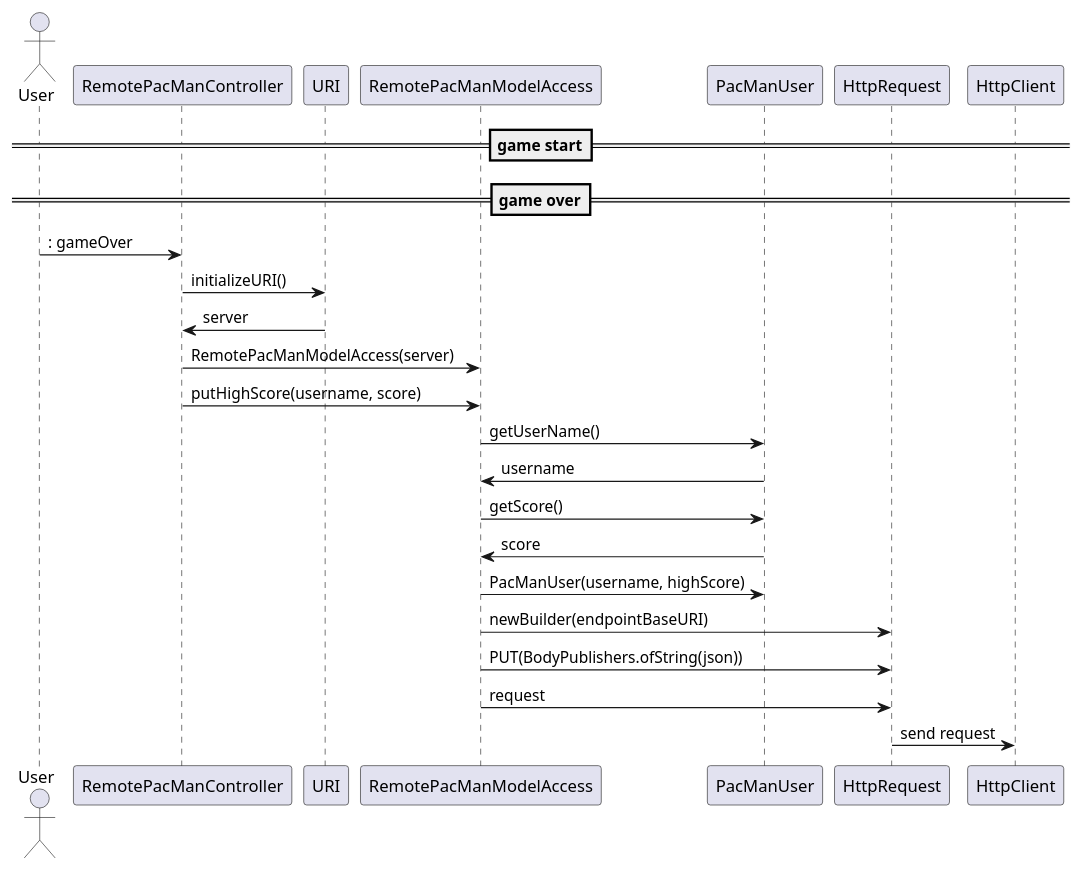
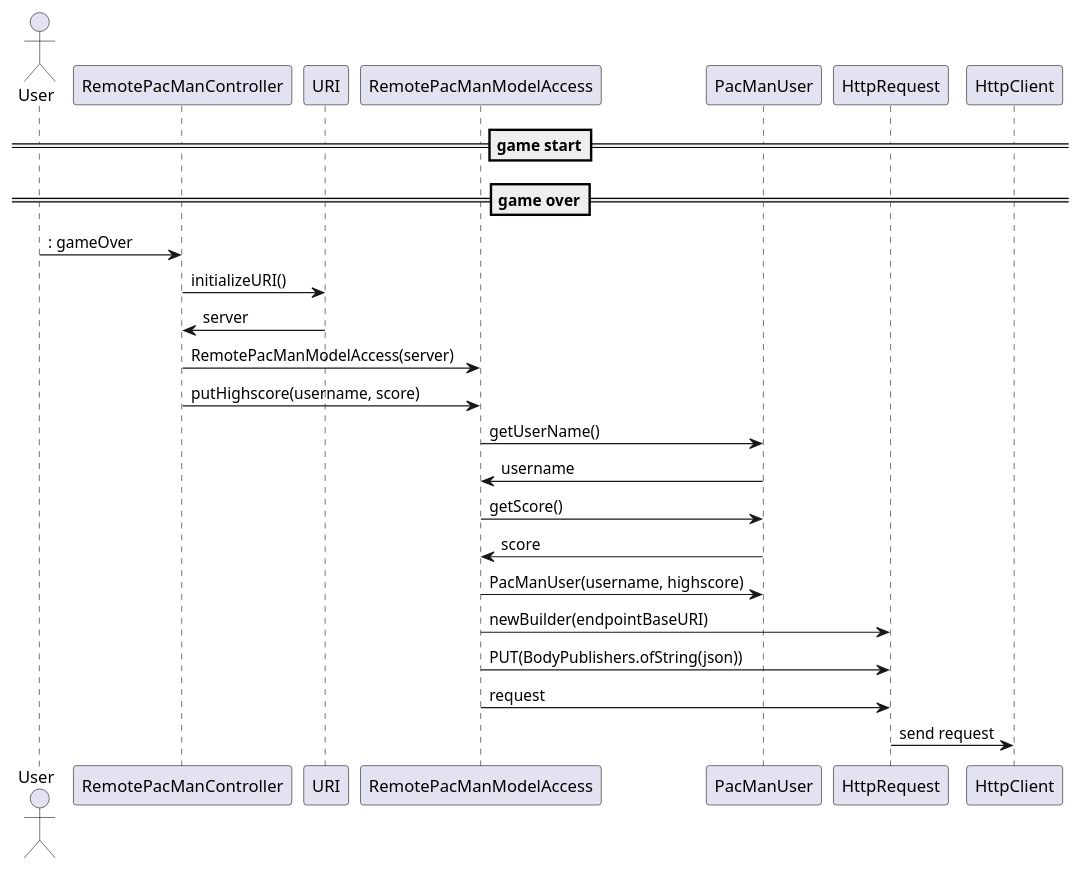
The diagram in pacMan-application/docs/diagrams/release3/sequence_remote.puml (amaliejvik/it1901-project-pacman), drawn with PlantUML before and after one commit. The commit also changed 21 other files, not shown here.

```diff
--- a/pacMan-application/docs/diagrams/release3/sequence_remote.puml
+++ b/pacMan-application/docs/diagrams/release3/sequence_remote.puml
@@ -1,22 +1,22 @@
 @startuml
 actor       User        as Foo
 
 
 ==game start==
 ==game over==
 Foo -> RemotePacManController: : gameOver
 RemotePacManController -> URI: initializeURI() 
 URI -> RemotePacManController: server
 RemotePacManController -> RemotePacManModelAccess: RemotePacManModelAccess(server)
-RemotePacManController -> RemotePacManModelAccess: putHighScore(username, score)
+RemotePacManController -> RemotePacManModelAccess: putHighscore(username, score)
 RemotePacManModelAccess -> PacManUser: getUserName()
 RemotePacManModelAccess <- PacManUser: username
 RemotePacManModelAccess -> PacManUser: getScore()
 RemotePacManModelAccess <- PacManUser: score
-RemotePacManModelAccess -> PacManUser: PacManUser(username, highScore)
+RemotePacManModelAccess -> PacManUser: PacManUser(username, highscore)
 RemotePacManModelAccess -> HttpRequest: newBuilder(endpointBaseURI)
 RemotePacManModelAccess -> HttpRequest: PUT(BodyPublishers.ofString(json))
 HttpRequest <- RemotePacManModelAccess: request
 HttpRequest -> HttpClient: send request 
 
 @enduml
```
